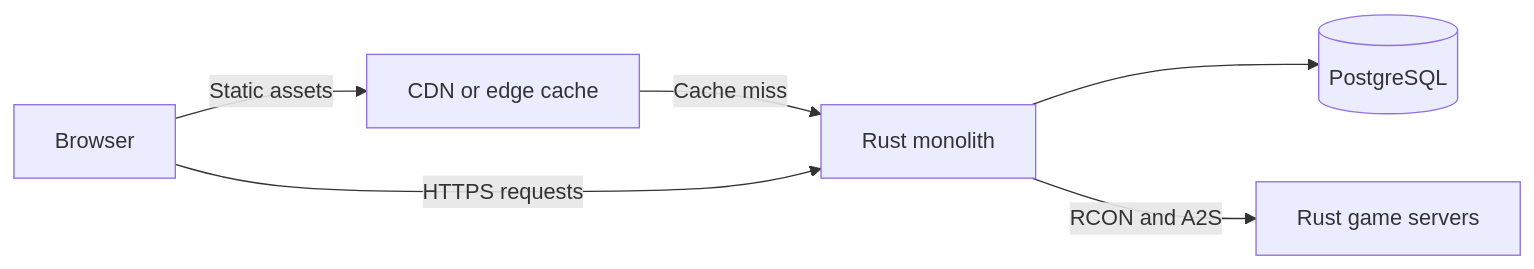
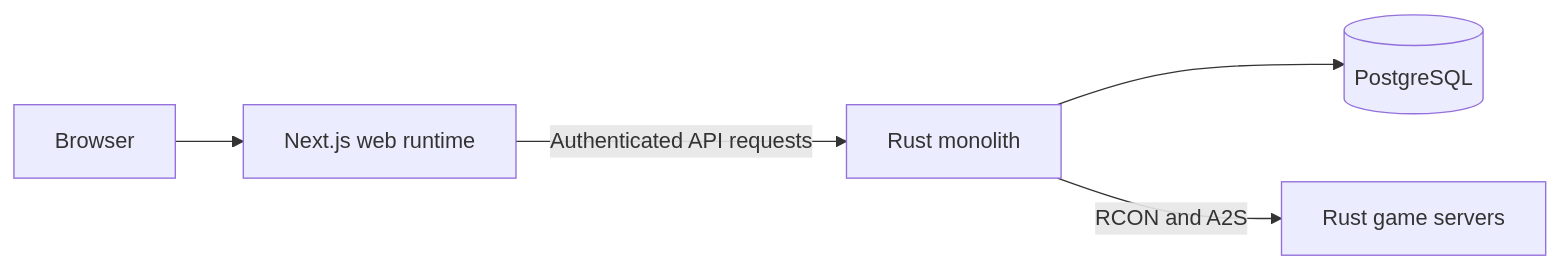
Before and after one commit to Vanguard-Enterprise/Cupboard: the diagram in docs/ARCHITECTURE.md, drawn with Mermaid. The commit also changed other lines of this file and 82 other files, not shown here.

````diff
--- a/docs/ARCHITECTURE.md
+++ b/docs/ARCHITECTURE.md
@@ -21,8 +23,7 @@
 ```mermaid
 flowchart LR
-    browser[Browser] -->|Static assets| edge[CDN or edge cache]
-    edge -->|Cache miss| app[Rust monolith]
-    browser -->|HTTPS requests| app
+    browser[Browser] --> web[Next.js web runtime]
+    web -->|Authenticated API requests| app[Rust monolith]
     app --> db[(PostgreSQL)]
     app -->|RCON and A2S| servers[Rust game servers]
 ```
````
